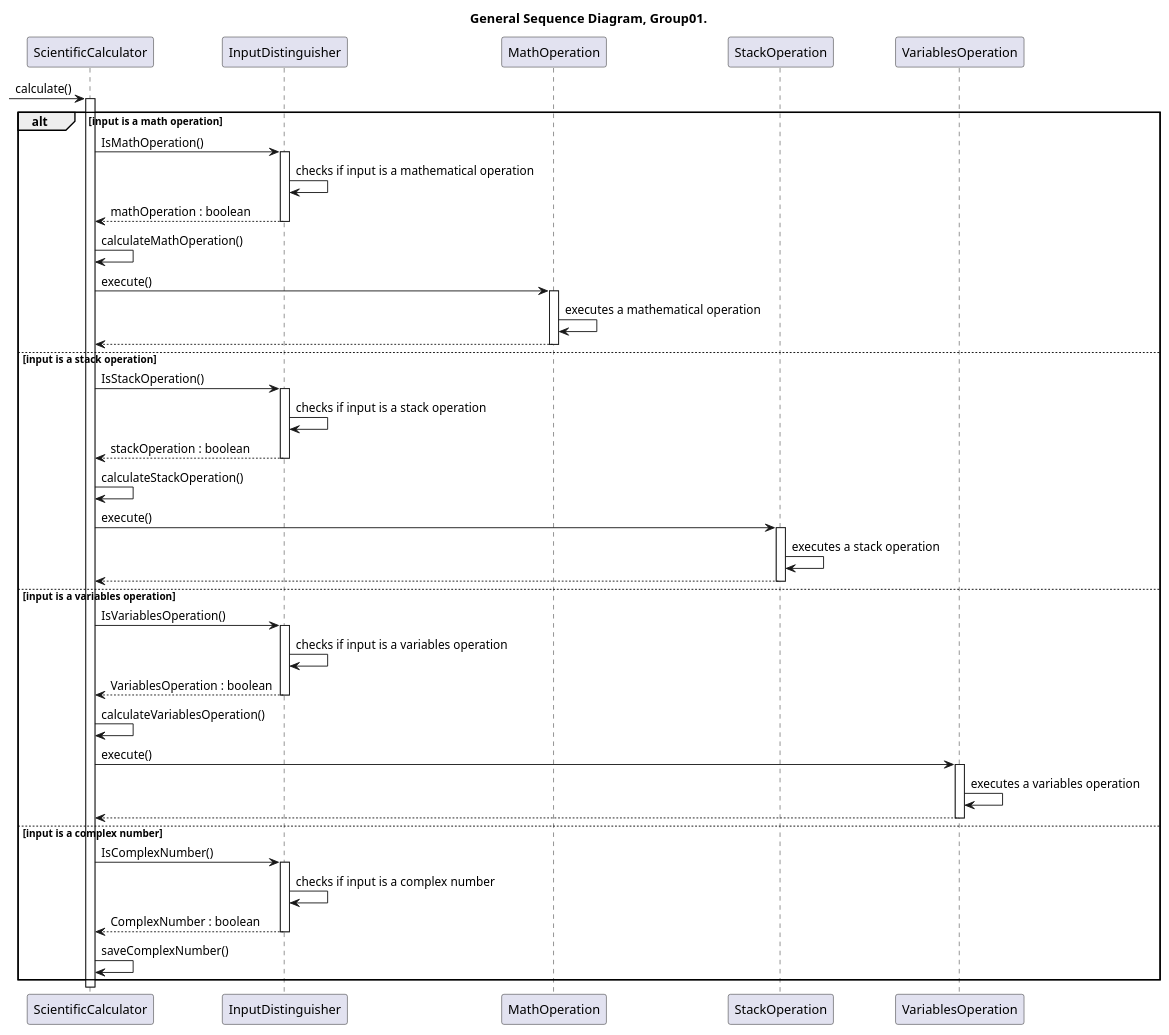
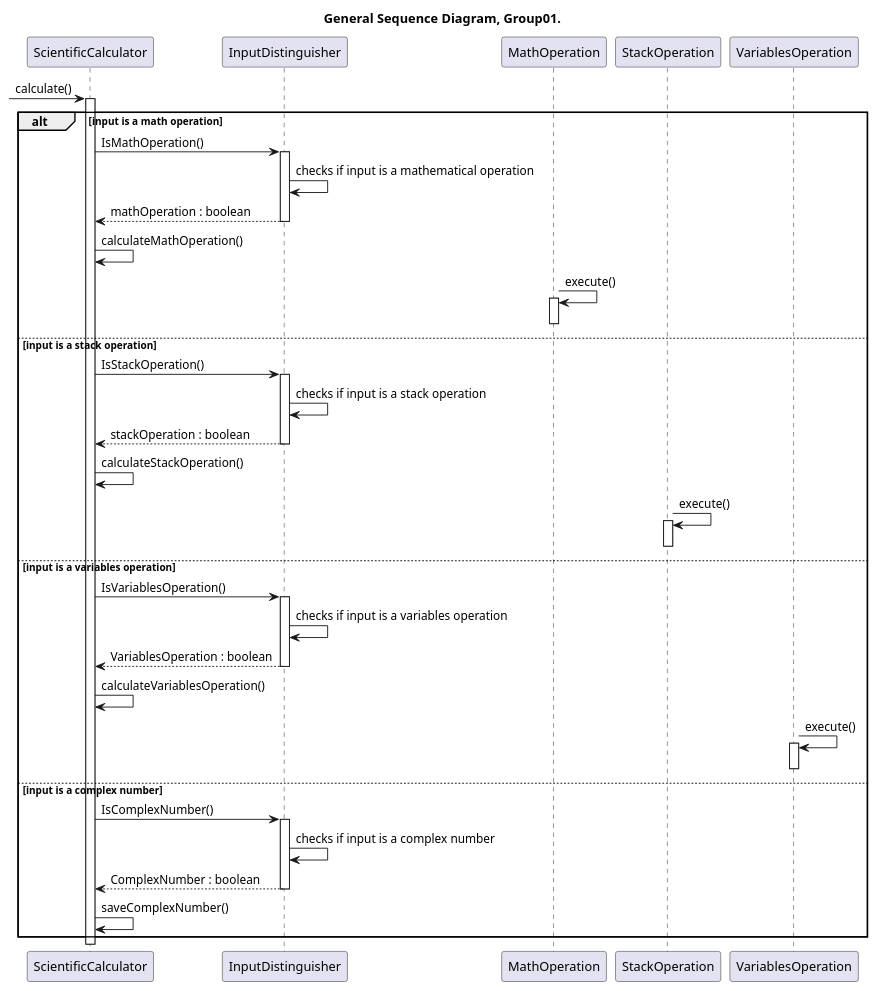
The diagram in sequence_diagram/General_SequenceDiagram_Group01.puml (CiroCutolo/Scientific_Calculator_group01_2023), drawn with PlantUML before and after one commit. The commit also changed 7 other files, not shown here.

Commit message:
Sono state apportate modifiche relative all'implementazione dei sequence diagrams

```diff
--- a/sequence_diagram/General_SequenceDiagram_Group01.puml
+++ b/sequence_diagram/General_SequenceDiagram_Group01.puml
@@ -1,82 +1,73 @@
-@startuml SequenceDiagram
+@startuml General_SequenceDiagram_Group01
 
 title General Sequence Diagram, Group01.
 
 participant ScientificCalculator as calc
 participant InputDistinguisher as input
 participant MathOperation as math
 participant StackOperation as stack
 participant VariablesOperation as Variables
 
 -> calc:calculate()
 activate calc
 
 
 ' math op case starts
 alt input is a math operation
 
 calc -> input : IsMathOperation()
 activate input
 input -> input : checks if input is a mathematical operation
 input --> calc : mathOperation : boolean
 deactivate input
 
 calc -> calc : calculateMathOperation()
-
-calc -> math : execute()
+math -> math : execute()
 activate math
-math -> math : executes a mathematical operation
-math --> calc
-deactivate math
+deactivate math
 
 
 ' stack op case starts
 else input is a stack operation
 
 calc -> input : IsStackOperation()
 activate input
 input -> input : checks if input is a stack operation
 input --> calc : stackOperation : boolean
 deactivate input
 
 calc -> calc : calculateStackOperation()
-
-calc -> stack : execute()
+stack -> stack : execute()
 activate stack
-stack -> stack : executes a stack operation
-stack --> calc
-deactivate stack
+deactivate stack
 
 
 ' variables op case starts
 else input is a variables operation
 
 calc -> input : IsVariablesOperation()
 activate input
 input -> input : checks if input is a variables operation
 input --> calc : VariablesOperation : boolean
 deactivate input
 
 calc -> calc : calculateVariablesOperation()
-
-calc -> Variables : execute()
+Variables -> Variables : execute()
 activate Variables
-Variables -> Variables : executes a variables operation 
-Variables --> calc
-deactivate Variables
+deactivate Variables
 
 
 ' complex number case starts
 else input is a complex number 
 
 calc -> input : IsComplexNumber()
 activate input
 input -> input : checks if input is a complex number
 input --> calc : ComplexNumber : boolean
 deactivate input
 
 calc -> calc : saveComplexNumber()
 
 end
 
 @enduml
```
